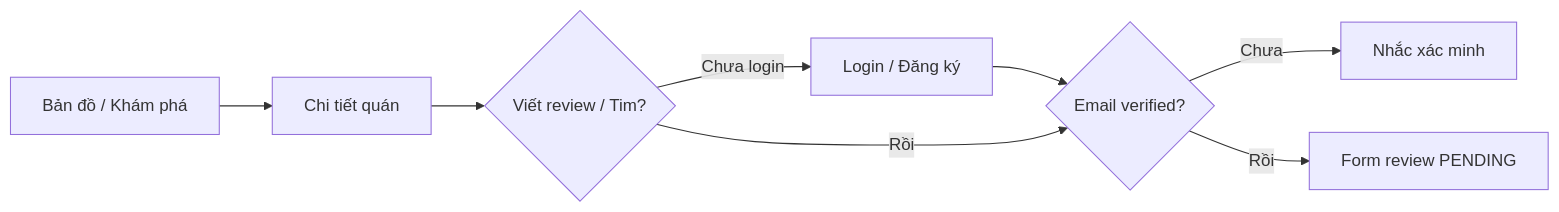
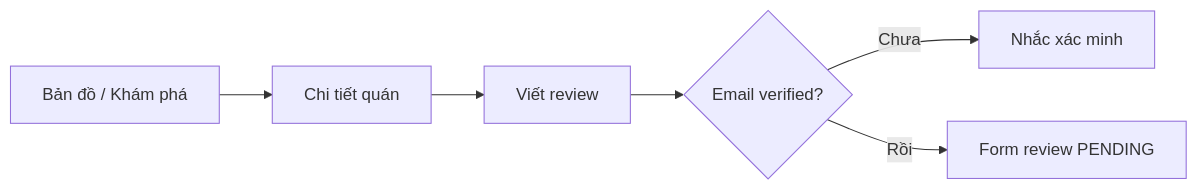
One commit to DXH-13/foodmap-docs changed the second of 4 diagrams in SDD/giao-dien/luong-nguoi-dung.md. Above: the diagram before and after it, drawn with Mermaid. The commit also changed other lines of this file and 7 other files, not shown here.

````diff
--- a/SDD/giao-dien/luong-nguoi-dung.md
+++ b/SDD/giao-dien/luong-nguoi-dung.md
@@ -24,10 +30,8 @@
 ```mermaid
 flowchart LR
   M[Bản đồ / Khám phá] --> P[Chi tiết quán]
-  P --> R{Viết review / Tim?}
-  R -->|Chưa login| L[Login / Đăng ký]
-  L --> V{Email verified?}
-  R -->|Rồi| V
+  P --> R[Viết review]
+  R --> V{Email verified?}
   V -->|Chưa| N[Nhắc xác minh]
   V -->|Rồi| W[Form review PENDING]
 ```
````
